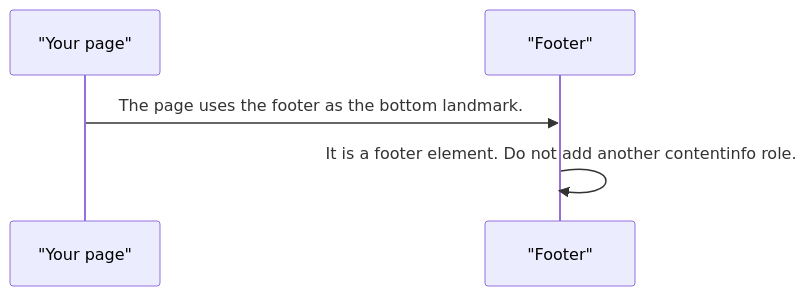
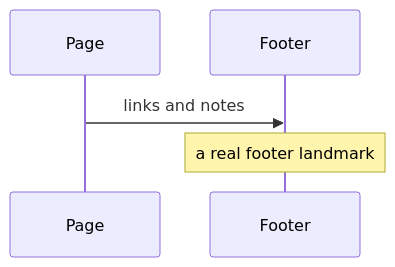
Before and after one commit to RajshekharBorate/pixel-ui: the second of 3 diagrams in projects/pixel-ui/src/lib/pixel-footer/DESIGN.md, drawn with Mermaid. The commit also changed other lines of this file and 73 other files, not shown here.

Commit message:
Explain who owns each value and what each flow does in every component and service design.

````diff
--- a/projects/pixel-ui/src/lib/pixel-footer/DESIGN.md
+++ b/projects/pixel-ui/src/lib/pixel-footer/DESIGN.md
@@ -43,7 +57,7 @@
 ```mermaid
 sequenceDiagram
-  participant page as "Your page"
-  participant footer as "Footer"
-  page->>footer: The page uses the footer as the bottom landmark.
-  footer->>footer: It is a footer element. Do not add another contentinfo role.
+  participant Page
+  participant Footer
+  Page->>Footer: links and notes
+  Note over Footer: a real footer landmark
 ```
````
